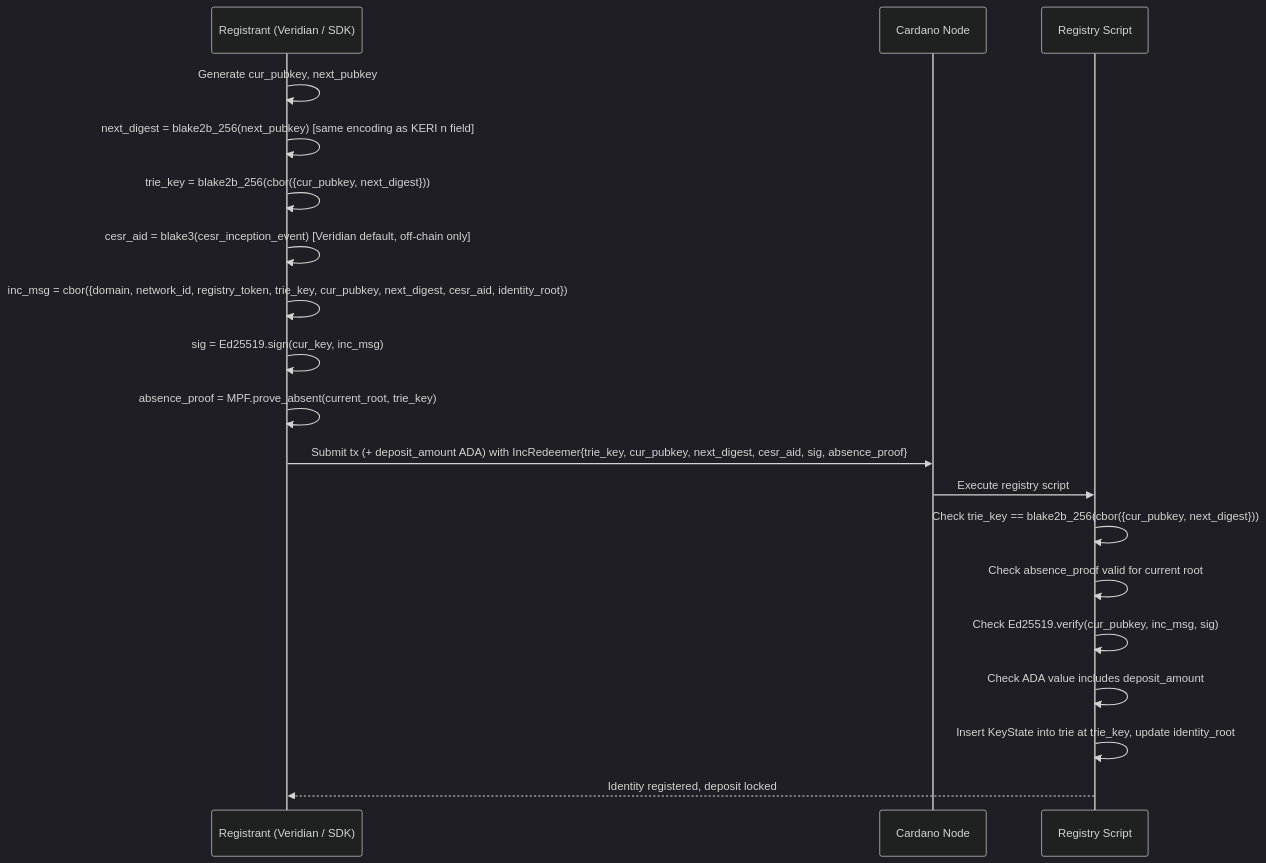
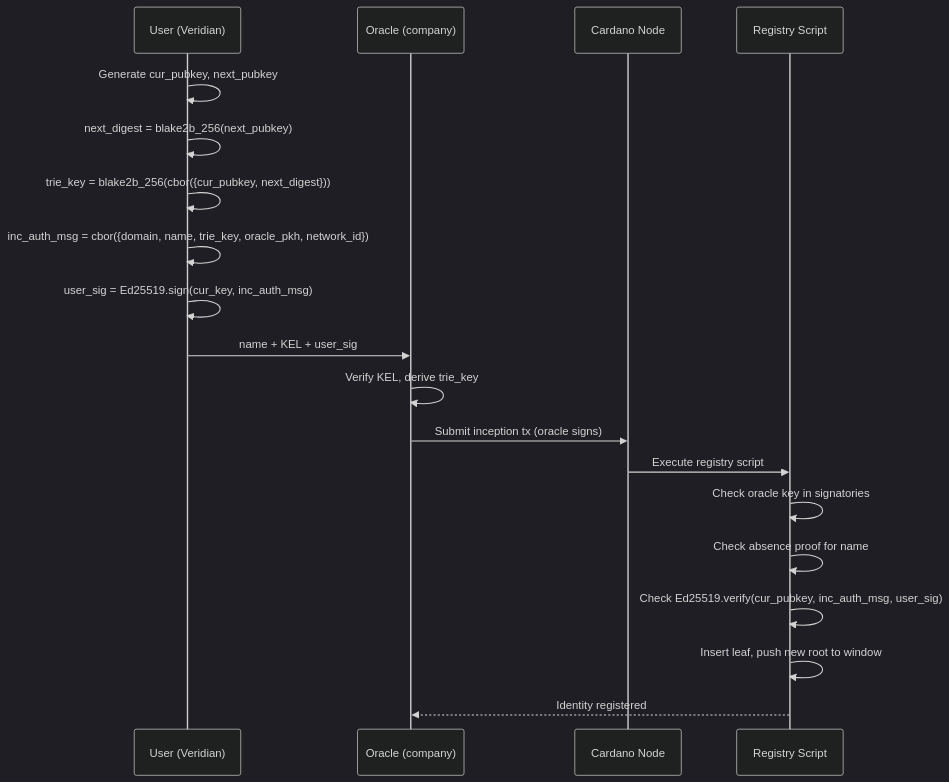
Before and after one commit to lambdasistemi/cardano-keri: the first of 2 diagrams in docs/architecture/identity-ops.md, drawn with Mermaid (dark theme). The commit also changed other lines of this file and 3 other files, not shown here.

First line of the commit message:
docs: redesign architecture for oracle-controlled per-company MPFS registry

````diff
--- a/docs/architecture/identity-ops.md
+++ b/docs/architecture/identity-ops.md
@@ -71,22 +51,22 @@
 ```mermaid
 sequenceDiagram
-    participant R as Registrant (Veridian / SDK)
+    participant U as User (Veridian)
+    participant O as Oracle (company)
     participant N as Cardano Node
     participant S as Registry Script
 
-    R->>R: Generate cur_pubkey, next_pubkey
-    R->>R: next_digest = blake2b_256(next_pubkey) [same encoding as KERI n field]
-    R->>R: trie_key = blake2b_256(cbor({cur_pubkey, next_digest}))
-    R->>R: cesr_aid = blake3(cesr_inception_event) [Veridian default, off-chain only]
-    R->>R: inc_msg = cbor({domain, network_id, registry_token, trie_key, cur_pubkey, next_digest, cesr_aid, identity_root})
-    R->>R: sig = Ed25519.sign(cur_key, inc_msg)
-    R->>R: absence_proof = MPF.prove_absent(current_root, trie_key)
-    R->>N: Submit tx (+ deposit_amount ADA) with IncRedeemer{trie_key, cur_pubkey, next_digest, cesr_aid, sig, absence_proof}
+    U->>U: Generate cur_pubkey, next_pubkey
+    U->>U: next_digest = blake2b_256(next_pubkey)
+    U->>U: trie_key = blake2b_256(cbor({cur_pubkey, next_digest}))
+    U->>U: inc_auth_msg = cbor({domain, name, trie_key, oracle_pkh, network_id})
+    U->>U: user_sig = Ed25519.sign(cur_key, inc_auth_msg)
+    U->>O: name + KEL + user_sig
+    O->>O: Verify KEL, derive trie_key
+    O->>N: Submit inception tx (oracle signs)
     N->>S: Execute registry script
-    S->>S: Check trie_key == blake2b_256(cbor({cur_pubkey, next_digest}))
-    S->>S: Check absence_proof valid for current root
-    S->>S: Check Ed25519.verify(cur_pubkey, inc_msg, sig)
-    S->>S: Check ADA value includes deposit_amount
-    S->>S: Insert KeyState into trie at trie_key, update identity_root
-    S-->>R: Identity registered, deposit locked
+    S->>S: Check oracle key in signatories
+    S->>S: Check absence proof for name
+    S->>S: Check Ed25519.verify(cur_pubkey, inc_auth_msg, user_sig)
+    S->>S: Insert leaf, push new root to window
+    S-->>O: Identity registered
 ```
````
